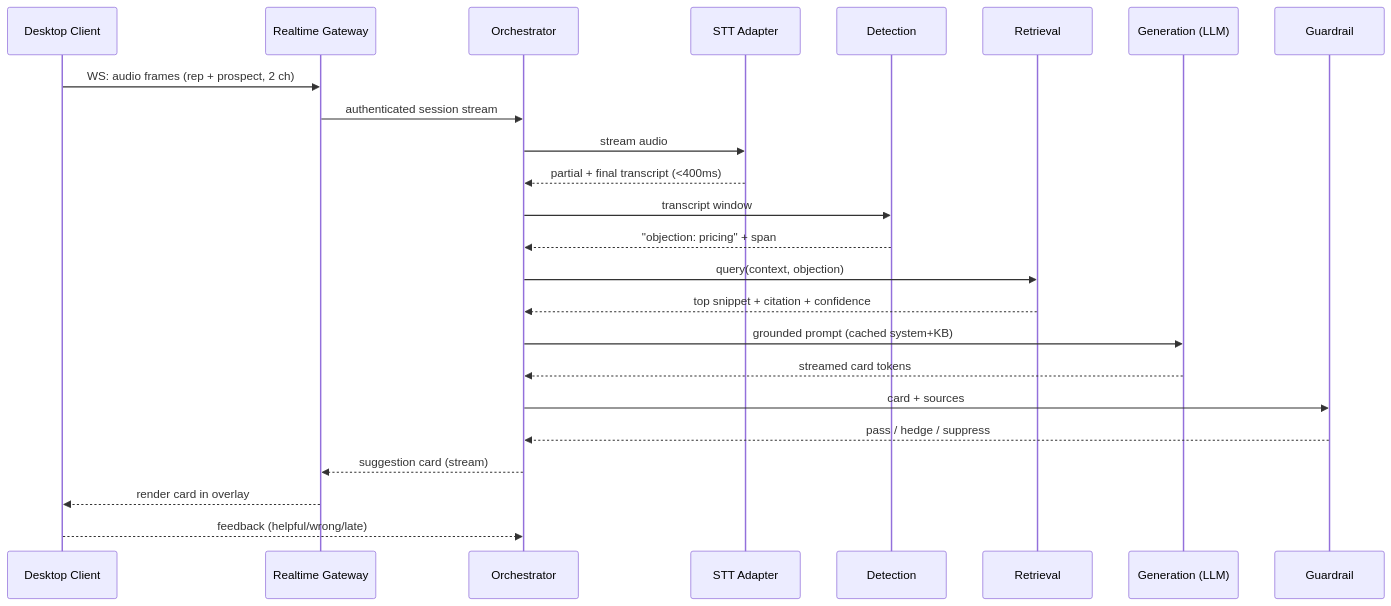
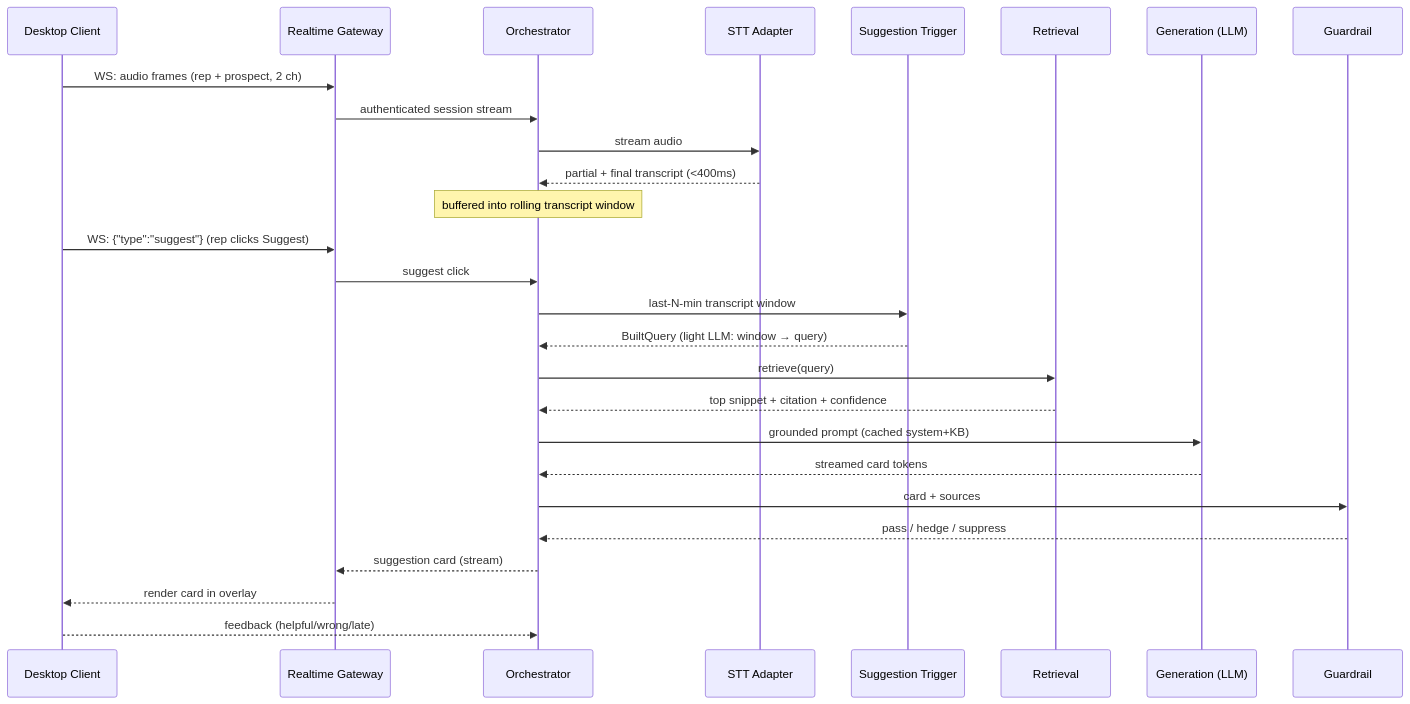
One commit to VanshNarang12/Sales_Agent changed the second of 4 diagrams in ARCHITECTURE.md. Above: the diagram before and after it, drawn with Mermaid. The commit also changed other lines of this file and 12 other files, not shown here.

````diff
--- a/ARCHITECTURE.md
+++ b/ARCHITECTURE.md
@@ -238,27 +238,30 @@
 ```mermaid
 sequenceDiagram
     participant C as Desktop Client
     participant G as Realtime Gateway
     participant O as Orchestrator
     participant S as STT Adapter
-    participant D as Detection
+    participant D as Suggestion Trigger
     participant R as Retrieval
     participant L as Generation (LLM)
     participant Gd as Guardrail
 
     C->>G: WS: audio frames (rep + prospect, 2 ch)
     G->>O: authenticated session stream
     O->>S: stream audio
     S-->>O: partial + final transcript (<400ms)
-    O->>D: transcript window
-    D-->>O: "objection: pricing" + span
-    O->>R: query(context, objection)
+    Note over O: buffered into rolling transcript window
+    C->>G: WS: {"type":"suggest"} (rep clicks Suggest)
+    G->>O: suggest click
+    O->>D: last-N-min transcript window
+    D-->>O: BuiltQuery (light LLM: window → query)
+    O->>R: retrieve(query)
     R-->>O: top snippet + citation + confidence
     O->>L: grounded prompt (cached system+KB)
     L-->>O: streamed card tokens
     O->>Gd: card + sources
     Gd-->>O: pass / hedge / suppress
     O-->>G: suggestion card (stream)
     G-->>C: render card in overlay
     C-->>O: feedback (helpful/wrong/late)
 ```
````
